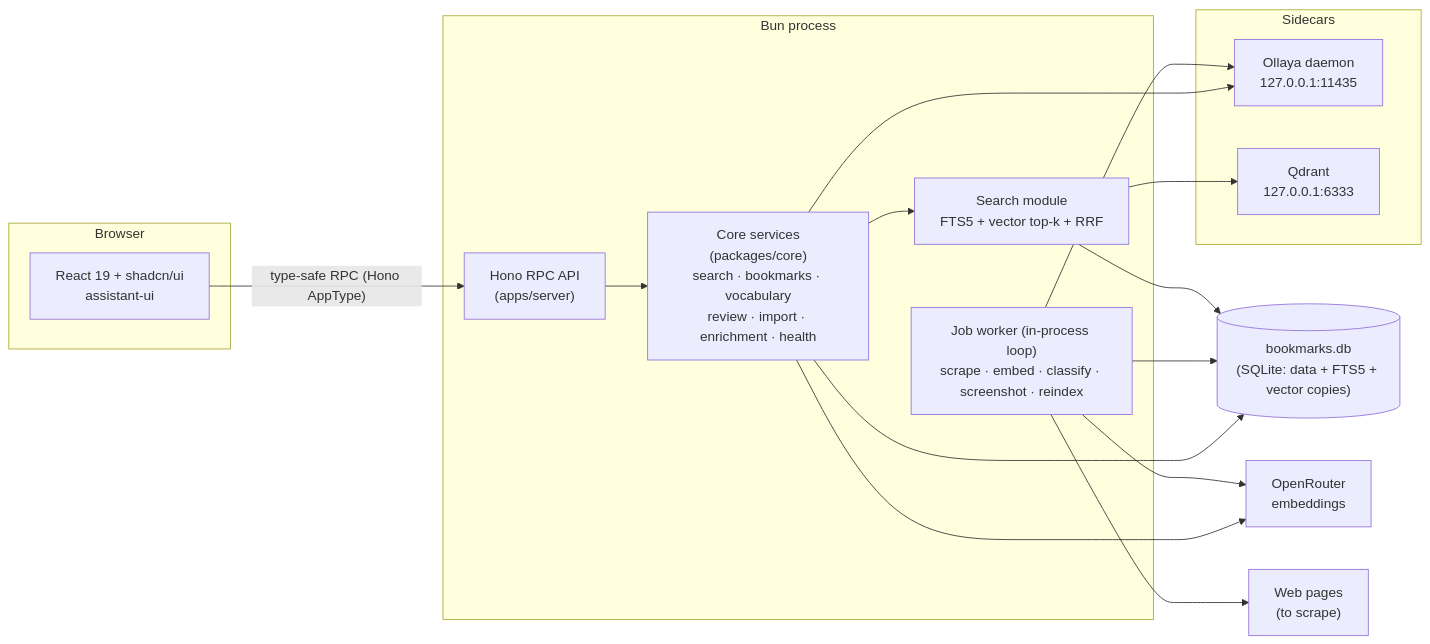
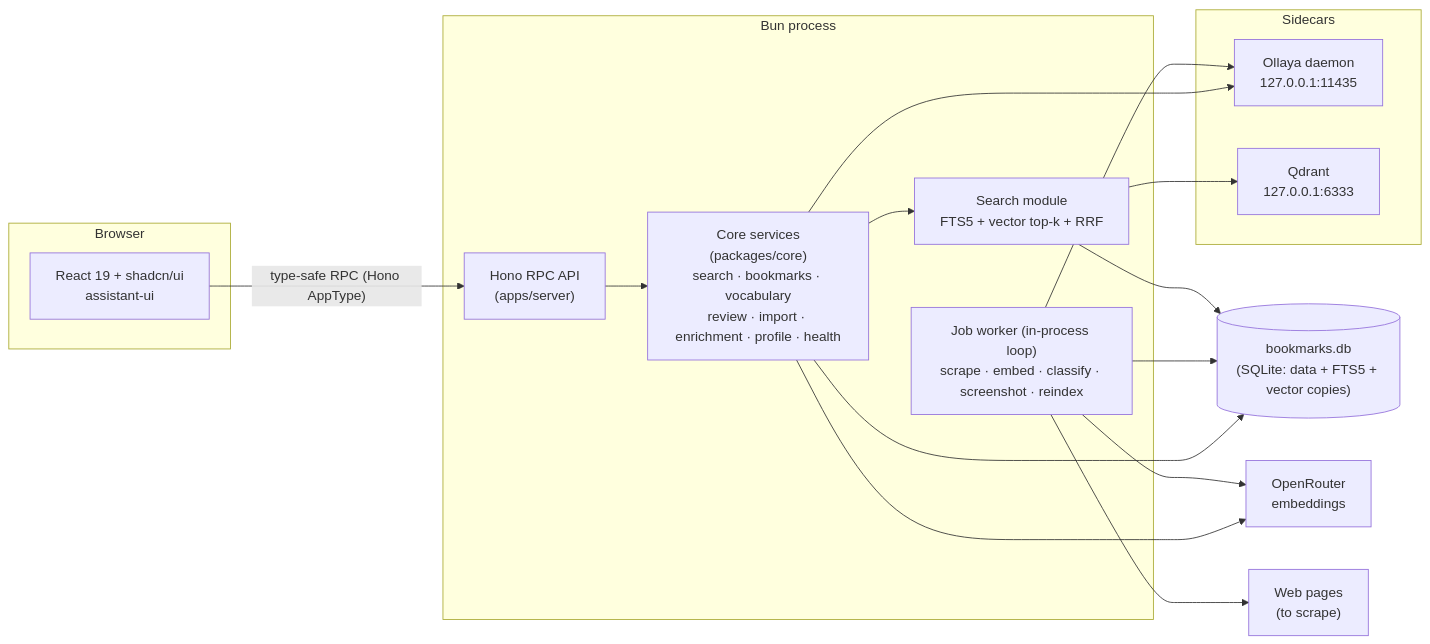
Before and after one commit to leonistor/al-yo-bo: the first of 2 diagrams in docs/ARCHITECTURE.md, drawn with Mermaid. The commit also changed other lines of this file and 13 other files, not shown here.

````diff
--- a/docs/ARCHITECTURE.md
+++ b/docs/ARCHITECTURE.md
@@ -64,36 +64,36 @@
 ```mermaid
 flowchart LR
   subgraph browser [Browser]
     Web["React 19 + shadcn/ui\nassistant-ui"]
   end
 
   subgraph bun [Bun process]
     API["Hono RPC API\n(apps/server)"]
-    Core["Core services\n(packages/core)\nsearch · bookmarks · vocabulary\nreview · import · enrichment · health"]
+    Core["Core services\n(packages/core)\nsearch · bookmarks · vocabulary\nreview · import · enrichment · profile · health"]
     Worker["Job worker (in-process loop)\nscrape · embed · classify · screenshot · reindex"]
     Search["Search module\nFTS5 + vector top-k + RRF"]
   end
 
   DB[("bookmarks.db\n(SQLite: data + FTS5 + vector copies)")]
 
   subgraph sidecars [Sidecars]
     Ollaya["Ollaya daemon\n127.0.0.1:11435"]
     Qdrant["Qdrant\n127.0.0.1:6333"]
   end
 
   OR["OpenRouter\nembeddings"]
   Sites["Web pages\n(to scrape)"]
 
   Web -- "type-safe RPC (Hono AppType)" --> API
   API --> Core
   Core --> Search
   Core --> DB
   Core --> OR
   Core --> Ollaya
   Worker --> DB
   Worker --> Ollaya
   Worker --> OR
   Worker --> Sites
   Search --> DB
   Search --> Qdrant
 ```
````
